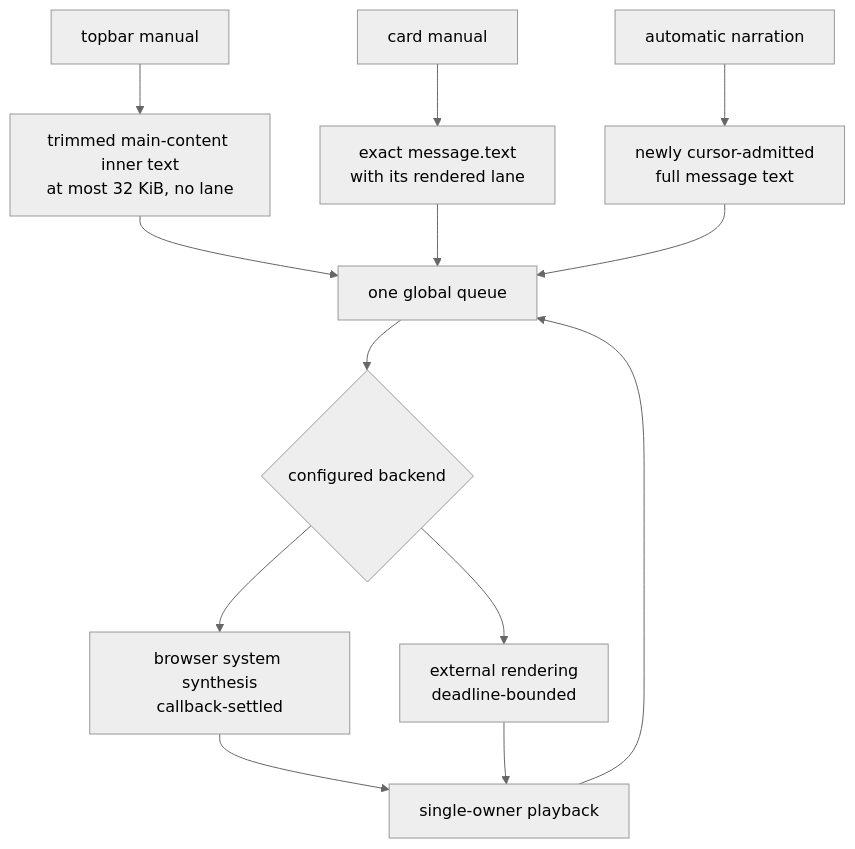
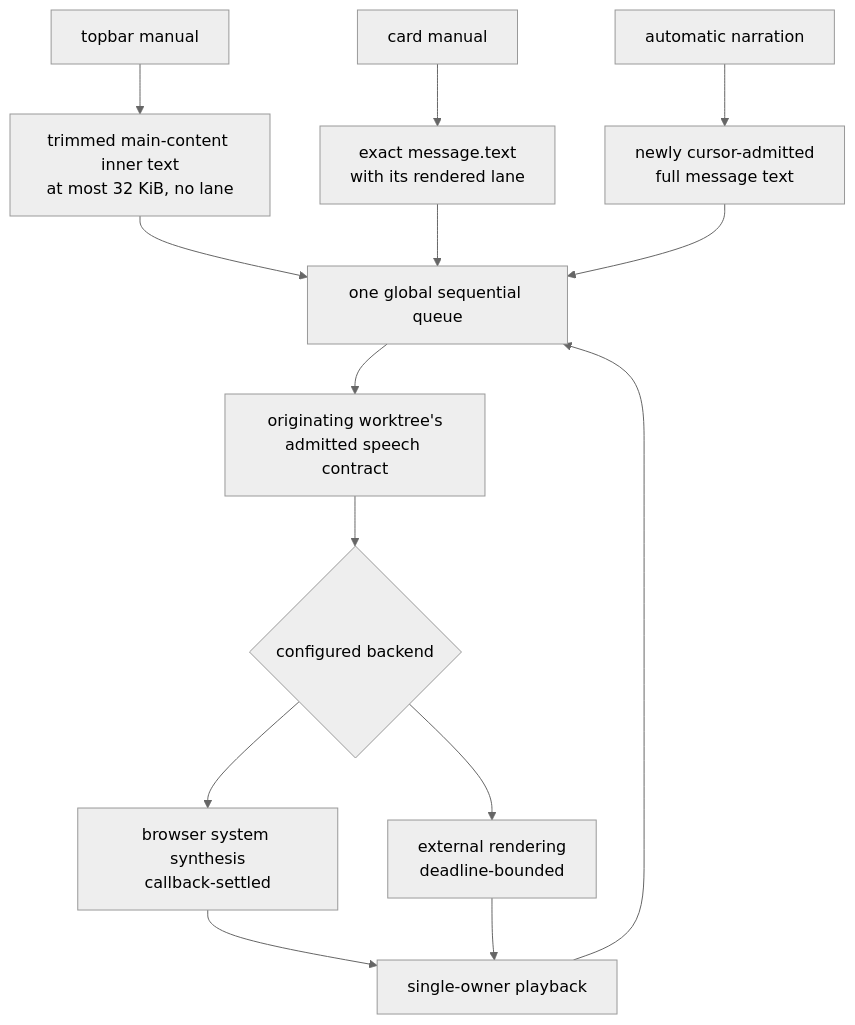
One commit to infimalabs/spice-rust changed diagram 12 of 13 in docs/product/interfaces.md. Above: the diagram before and after it, drawn with Mermaid (neutral theme). The commit also changed other lines of this file and 41 other files, not shown here.

````diff
--- a/docs/product/interfaces.md
+++ b/docs/product/interfaces.md
@@ -337,15 +337,16 @@
 ```mermaid
 flowchart TD
   T["topbar manual"] --> TC["trimmed main-content inner text<br/>at most 32 KiB, no lane"]
   C["card manual"] --> CM["exact message.text<br/>with its rendered lane"]
   N["automatic narration"] --> NM["newly cursor-admitted<br/>full message text"]
-  TC --> Q["one global queue"]
+  TC --> Q["one global sequential queue"]
   CM --> Q
   NM --> Q
-  Q --> B{"configured backend"}
+  Q --> W["originating worktree's<br/>admitted speech contract"]
+  W --> B{"configured backend"}
   B --> S["browser system synthesis<br/>callback-settled"]
   B --> X["external rendering<br/>deadline-bounded"]
   S --> P["single-owner playback"]
   X --> P
   P --> Q
 ```
````
